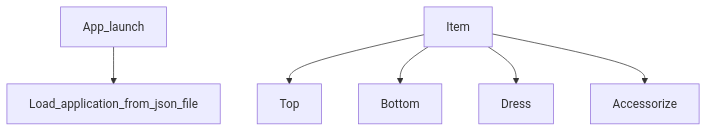
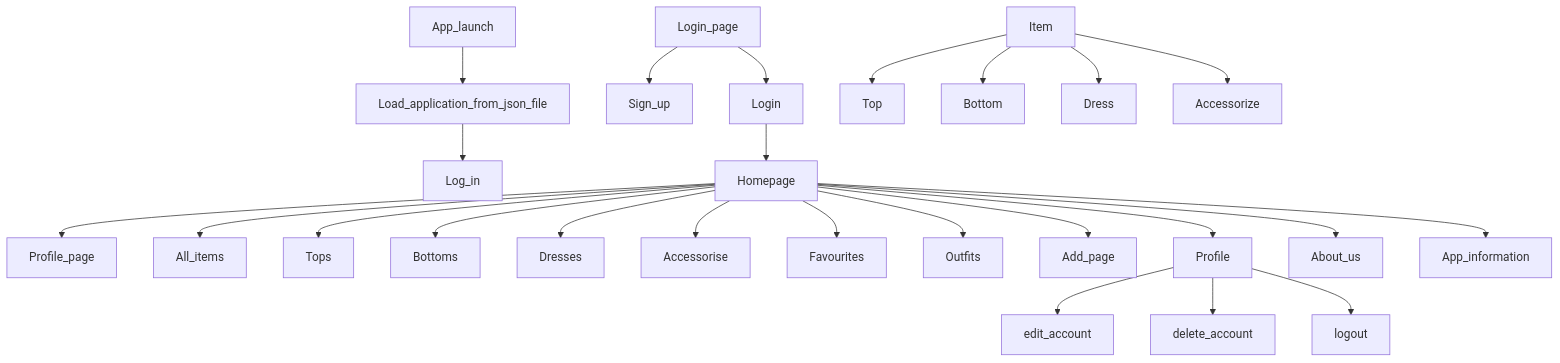
One commit to IreneAvezzu/test_ changed the diagram in readme.md. Above: the diagram before and after it, drawn with Mermaid.

````diff
--- a/readme.md
+++ b/readme.md
@@ -5,8 +5,28 @@
 ```mermaid
 graph TD;
-  App_launch -->Load_application_from_json_file;
+  App_launch-->Load_application_from_json_file;
+  Load_application_from_json_file-->Log_in;
+  Login_page-->Sign_up;
+  Login_page-->Login;
+  Login-->Homepage;
+  Homepage-->Profile_page;
+  Homepage-->All_items;
+  Homepage-->Tops;
+  Homepage-->Bottoms;
+  Homepage-->Dresses;
+  Homepage-->Accessorise;
+  Homepage-->Favourites;
+  Homepage-->Outfits;
+  Homepage-->Add_page;
+  Homepage-->Profile;
+  Homepage-->About_us;
+  Homepage-->App_information;
+  Profile-->edit_account;
+  Profile-->delete_account;
+  Profile-->logout;
+  
   Item-->Top;
   Item-->Bottom;
   Item-->Dress;
   Item-->Accessorize;
 ```
````
